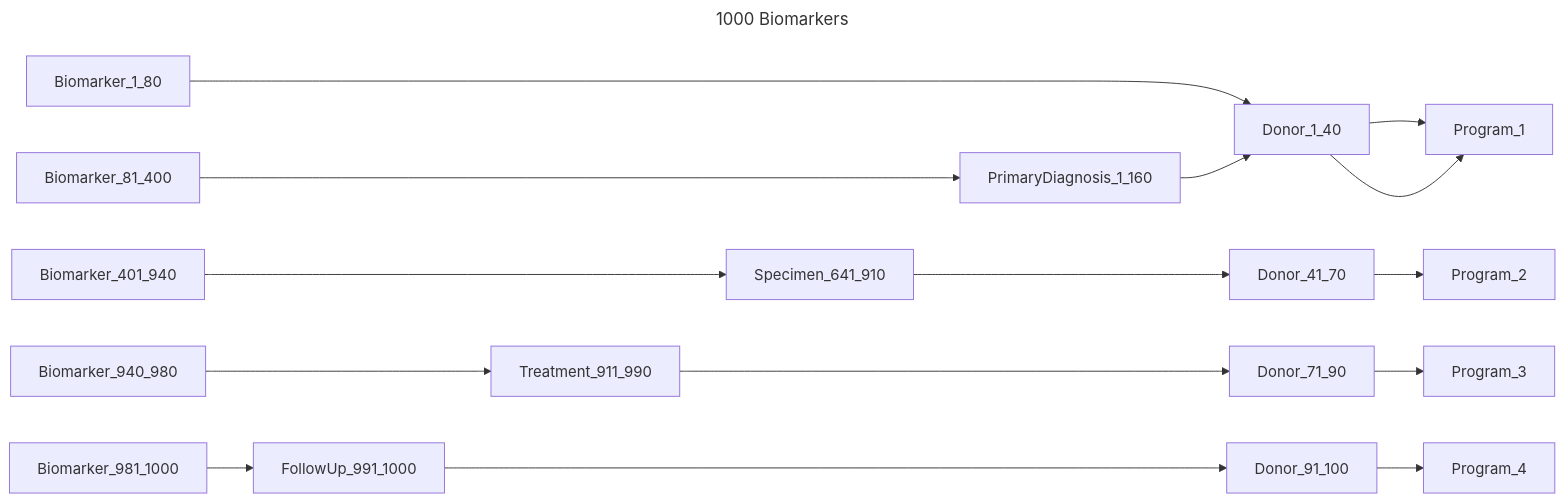
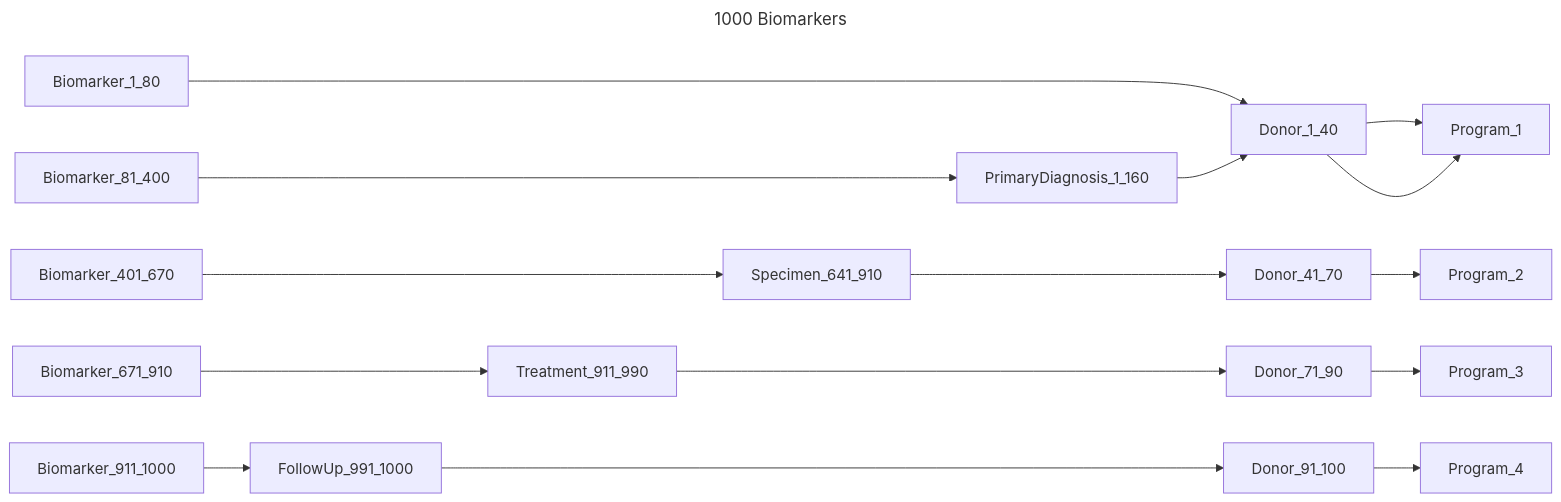
One commit to bento-platform/katsu changed diagram 12 of 14 in chord_metadata_service/mohpackets/data/medium_dataset/README.md. Above: the diagram before and after it, drawn with Mermaid.

````diff
--- a/chord_metadata_service/mohpackets/data/medium_dataset/README.md
+++ b/chord_metadata_service/mohpackets/data/medium_dataset/README.md
@@ -143,12 +143,11 @@
 ```mermaid
 ---
 title: 1000 Biomarkers
 ---
 graph LR;  
   Biomarker_1_80 ------> Donor_1_40 --> Program_1;
   Biomarker_81_400 -----> PrimaryDiagnosis_1_160 --> Donor_1_40 --> Program_1;
-  Biomarker_401_940 ----> Specimen_641_910 ---> Donor_41_70 --> Program_2;
-  Biomarker_940_980 ---> Treatment_911_990 ----> Donor_71_90 --> Program_3;
-  Biomarker_981_1000 --> FollowUp_991_1000 -----> Donor_91_100 --> Program_4;
-
+  Biomarker_401_670 ----> Specimen_641_910 ---> Donor_41_70 --> Program_2;
+  Biomarker_671_910 ---> Treatment_911_990 ----> Donor_71_90 --> Program_3;
+  Biomarker_911_1000 --> FollowUp_991_1000 -----> Donor_91_100 --> Program_4;
 ```
````
